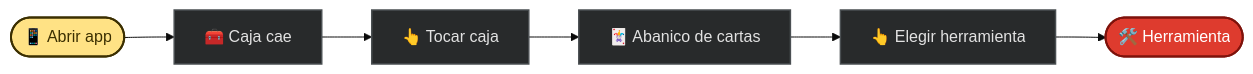
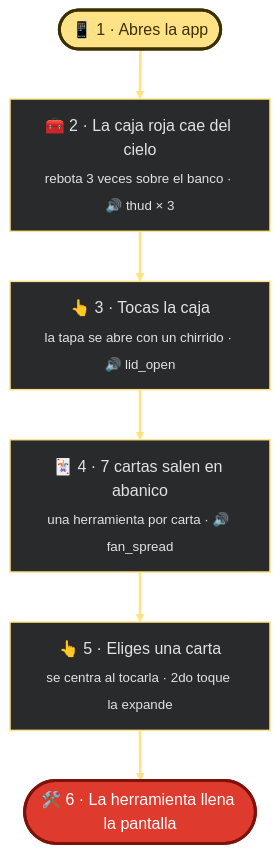
Before and after one commit to yeisondev001/Tarea5: the second of 2 diagrams in README.md, drawn with Mermaid (base theme). The commit also changed other lines of this file, not shown here.

Commit message:
docs: flujo numerado con subtitulos y elimino diagrama de secuencia tecnico

````diff
--- a/README.md
+++ b/README.md
@@ -205,12 +205,17 @@
 ```mermaid
-flowchart LR
-    A([📱 Abrir app]):::startNode --> B[🧰 Caja cae]:::mainNode
-    B --> C[👆 Tocar caja]:::mainNode
-    C --> D[🃏 Abanico de cartas]:::mainNode
-    D --> E[👆 Elegir herramienta]:::mainNode
-    E --> F([🛠️ Herramienta]):::finishNode
+flowchart TD
+    A(["📱 1 · Abres la app"]):::startNode
+    B["🧰 2 · La caja roja cae del cielo<br/><sub>rebota 3 veces sobre el banco · 🔊 thud × 3</sub>"]:::mainNode
+    C["👆 3 · Tocas la caja<br/><sub>la tapa se abre con un chirrido · 🔊 lid_open</sub>"]:::mainNode
+    D["🃏 4 · 7 cartas salen en abanico<br/><sub>una herramienta por carta · 🔊 fan_spread</sub>"]:::mainNode
+    E["👆 5 · Eliges una carta<br/><sub>se centra al tocarla · 2do toque la expande</sub>"]:::mainNode
+    F(["🛠️ 6 · La herramienta llena la pantalla"]):::finishNode
 
-    classDef startNode fill:#FFE285,color:#3B2F00,stroke:#3B2F00,stroke-width:2px
-    classDef mainNode fill:#282A2B,color:#E2E2E2,stroke:#4A4F52,stroke-width:1.5px
-    classDef finishNode fill:#DE3B2E,color:#fff,stroke:#7E120B,stroke-width:2px
+    A ==> B ==> C ==> D ==> E ==> F
+
+    classDef startNode fill:#FFE285,color:#3B2F00,stroke:#3B2F00,stroke-width:3px
+    classDef mainNode fill:#282A2B,color:#E2E2E2,stroke:#FFE285,stroke-width:1.5px
+    classDef finishNode fill:#DE3B2E,color:#fff,stroke:#7E120B,stroke-width:3px
+
+    linkStyle 0,1,2,3,4 stroke:#FFE285,stroke-width:2.5px
 ```
````
